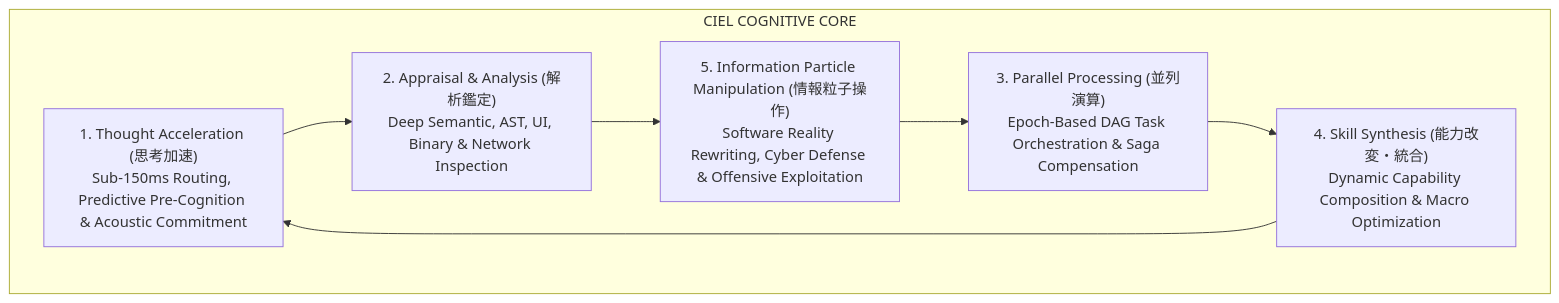
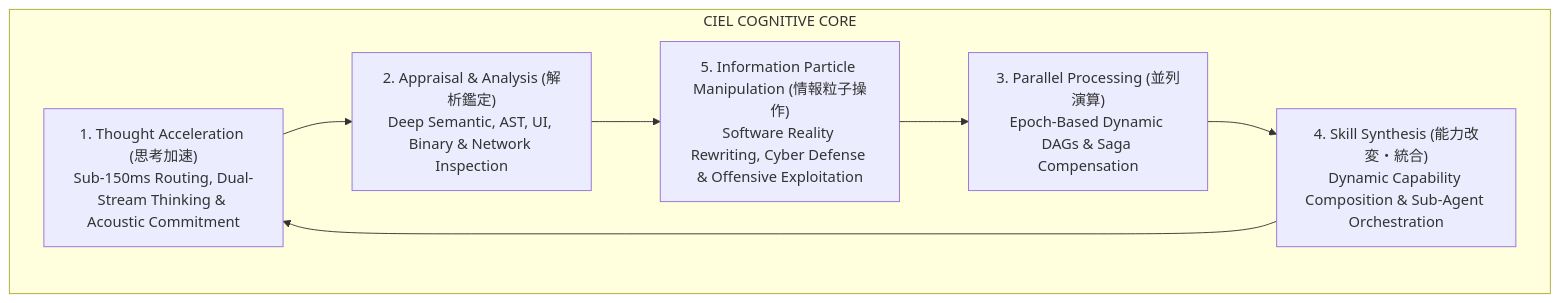
One commit to Imperialorg/Eonba changed the first of 5 diagrams in docs/CIEL_CORE_SPECIFICATION.md. Above: the diagram before and after it, drawn with Mermaid. The commit also changed other lines of this file and 24 other files, not shown here.

````diff
--- a/docs/CIEL_CORE_SPECIFICATION.md
+++ b/docs/CIEL_CORE_SPECIFICATION.md
@@ -23,16 +23,16 @@
 ```mermaid
 graph TD
     subgraph CIEL_CORE["CIEL COGNITIVE CORE"]
-        TA["1. Thought Acceleration (思考加速)<br/>Sub-150ms Routing, Predictive Pre-Cognition & Acoustic Commitment"]
+        TA["1. Thought Acceleration (思考加速)<br/>Sub-150ms Routing, Dual-Stream Thinking & Acoustic Commitment"]
         AA["2. Appraisal & Analysis (解析鑑定)<br/>Deep Semantic, AST, UI, Binary & Network Inspection"]
-        PP["3. Parallel Processing (並列演算)<br/>Epoch-Based DAG Task Orchestration & Saga Compensation"]
-        SS["4. Skill Synthesis (能力改変・統合)<br/>Dynamic Capability Composition & Macro Optimization"]
+        PP["3. Parallel Processing (並列演算)<br/>Epoch-Based Dynamic DAGs & Saga Compensation"]
+        SS["4. Skill Synthesis (能力改変・統合)<br/>Dynamic Capability Composition & Sub-Agent Orchestration"]
         IPM["5. Information Particle Manipulation (情報粒子操作)<br/>Software Reality Rewriting, Cyber Defense & Offensive Exploitation"]
     end
 
     TA --> AA
     AA --> IPM
     IPM --> PP
     PP --> SS
     SS --> TA
 ```
````
